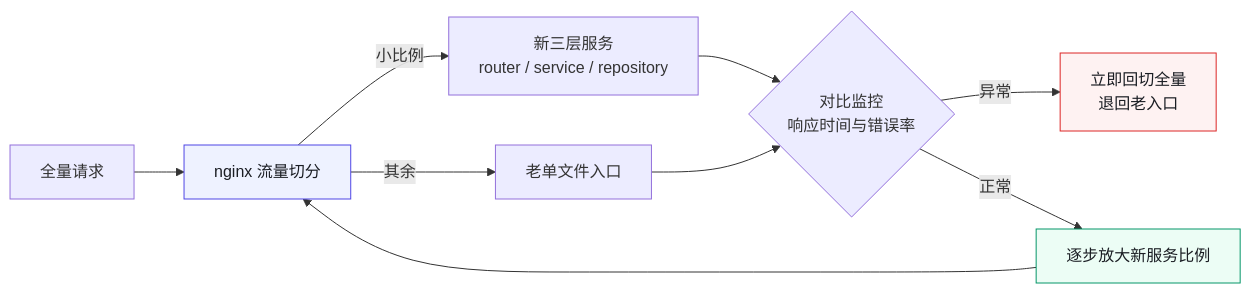
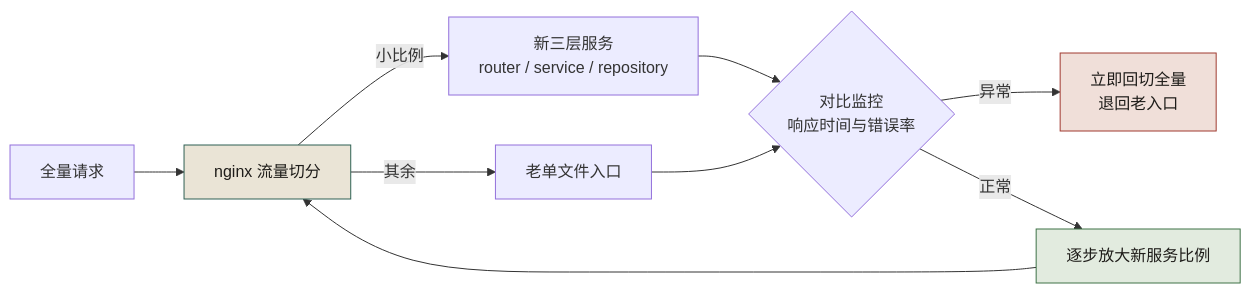
Before and after one commit to funny8kids/AI_Native_Software_Engineering: the second of 2 diagrams in docs/manuscript/ch18-第13章-单文件API到router+nginx.md, drawn with Mermaid. The commit also changed other lines of this file and 81 other files, not shown here.

````diff
--- a/docs/manuscript/ch18-第13章-单文件API到router+nginx.md
+++ b/docs/manuscript/ch18-第13章-单文件API到router+nginx.md
@@ -108,14 +110,14 @@
 ```mermaid
 flowchart LR
   REQ[全量请求] --> NG[nginx 流量切分]
   NG -->|小比例| NEW[新三层服务<br/>router / service / repository]
   NG -->|其余| OLD[老单文件入口]
   NEW --> CMP{对比监控<br/>响应时间与错误率}
   OLD --> CMP
   CMP -->|异常| BACK[立即回切全量<br/>退回老入口]
   CMP -->|正常| UP[逐步放大新服务比例]
   UP --> NG
-  style NG fill:#eef2ff,stroke:#4f46e5,color:#1a1d23
-  style BACK fill:#fef2f2,stroke:#dc2626,color:#1a1d23
-  style UP fill:#ecfdf5,stroke:#059669,color:#1a1d23
+  style NG fill:#eae4d6,stroke:#2f6154,color:#1e1c19
+  style BACK fill:#f0dfd9,stroke:#a03b31,color:#1e1c19
+  style UP fill:#e2ebdf,stroke:#3e7247,color:#1e1c19
 ```
````
